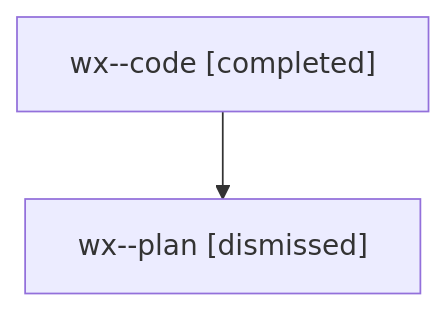
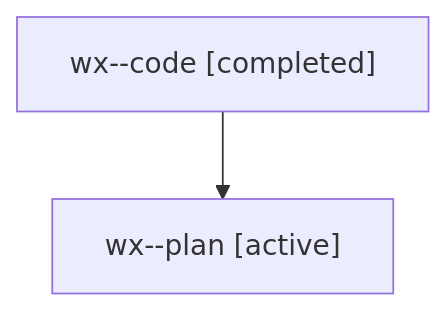
One commit to sase-org/sase--agents changed the diagram in families/bbugyi200.athena.wx.md. Above: the diagram before and after it, drawn with Mermaid. The commit also changed other lines of this file and 35830 other files, not shown here.

````diff
--- a/families/bbugyi200.athena.wx.md
+++ b/families/bbugyi200.athena.wx.md
@@ -9,6 +9,6 @@
 ```mermaid
 flowchart TD
   n0["wx--code [completed]"]
-  n1["wx--plan [dismissed]"]
+  n1["wx--plan [active]"]
   n0 --> n1
 ```
````
